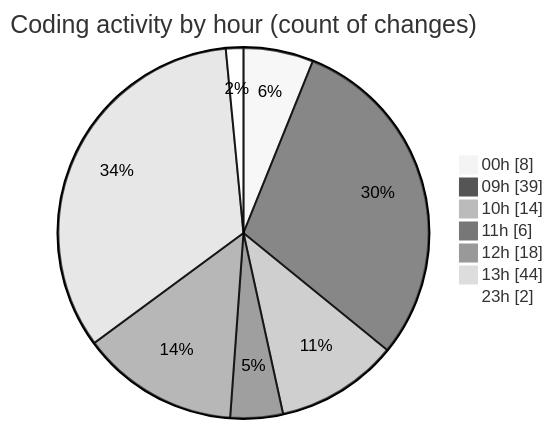
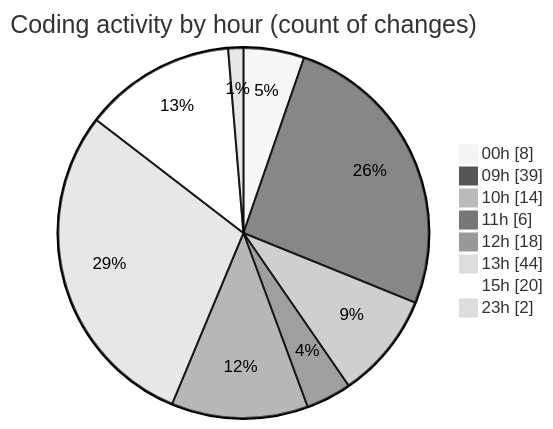
Before and after one commit to momahboobian/code-tracking: the second of 2 diagrams in 2025-12-18/cda/README.md, drawn with Mermaid (neutral theme). The commit also changed other lines of this file and 1 other file, not shown here.

````diff
--- a/2025-12-18/cda/README.md
+++ b/2025-12-18/cda/README.md
@@ -72,11 +73,12 @@
 ```mermaid
 pie showData
 title Coding activity by hour (count of changes)
 "00h" : 8
 "09h" : 39
 "10h" : 14
 "11h" : 6
 "12h" : 18
 "13h" : 44
+"15h" : 20
 "23h" : 2
 ```
````
